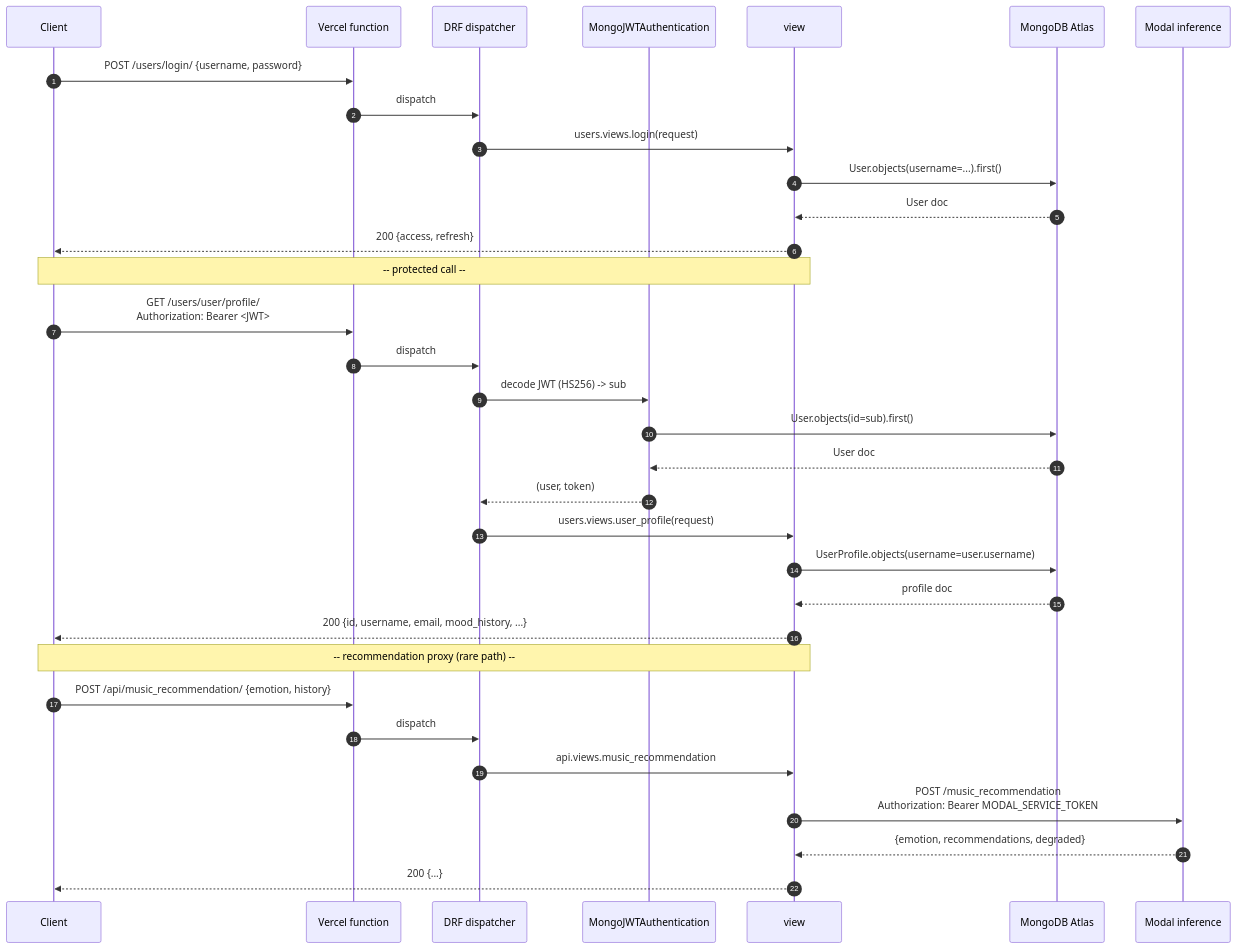
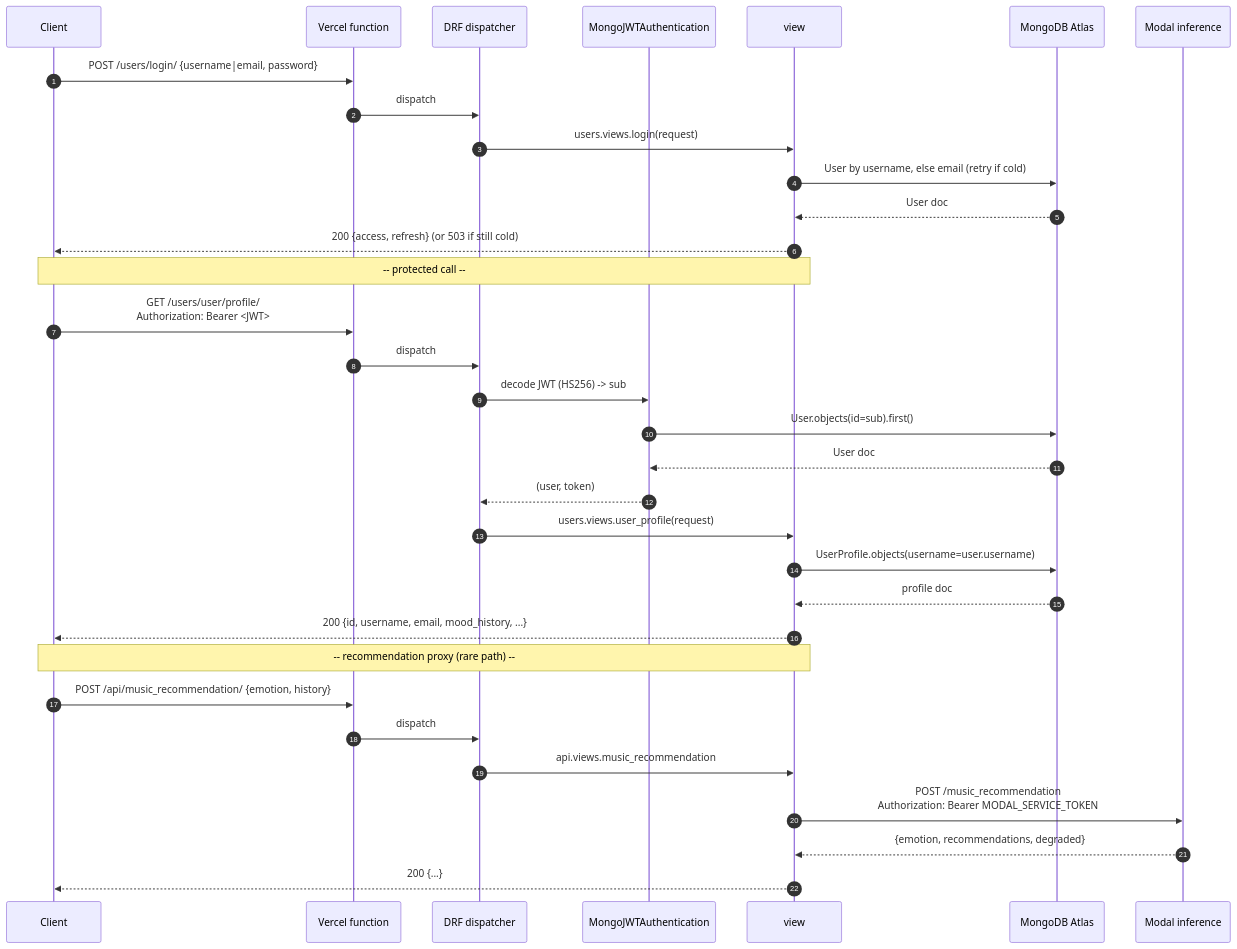
Before and after one commit to hoangsonww/Moodify-Emotion-Music-App: the third of 6 diagrams in backend/README.md, drawn with Mermaid. The commit also changed other lines of this file and 5 other files, not shown here.

First line of the commit message:
docs: bring READMEs, ARCHITECTURE, and wiki up to date

````diff
--- a/backend/README.md
+++ b/backend/README.md
@@ -155,40 +155,40 @@
 ```mermaid
 sequenceDiagram
     autonumber
     participant C as Client
     participant V as Vercel function
     participant DRF as DRF dispatcher
     participant Auth as MongoJWTAuthentication
     participant View as view
     participant Mongo as MongoDB Atlas
     participant Modal as Modal inference
 
-    C->>V: POST /users/login/ {username, password}
+    C->>V: POST /users/login/ {username|email, password}
     V->>DRF: dispatch
     DRF->>View: users.views.login(request)
-    View->>Mongo: User.objects(username=...).first()
+    View->>Mongo: User by username, else email (retry if cold)
     Mongo-->>View: User doc
-    View-->>C: 200 {access, refresh}
+    View-->>C: 200 {access, refresh} (or 503 if still cold)
 
     Note over C,View: -- protected call --
 
     C->>V: GET /users/user/profile/<br/>Authorization: Bearer <JWT>
     V->>DRF: dispatch
     DRF->>Auth: decode JWT (HS256) -> sub
     Auth->>Mongo: User.objects(id=sub).first()
     Mongo-->>Auth: User doc
     Auth-->>DRF: (user, token)
     DRF->>View: users.views.user_profile(request)
     View->>Mongo: UserProfile.objects(username=user.username)
     Mongo-->>View: profile doc
     View-->>C: 200 {id, username, email, mood_history, ...}
 
     Note over C,View: -- recommendation proxy (rare path) --
 
     C->>V: POST /api/music_recommendation/ {emotion, history}
     V->>DRF: dispatch
     DRF->>View: api.views.music_recommendation
     View->>Modal: POST /music_recommendation<br/>Authorization: Bearer MODAL_SERVICE_TOKEN
     Modal-->>View: {emotion, recommendations, degraded}
     View-->>C: 200 {...}
 ```
````
